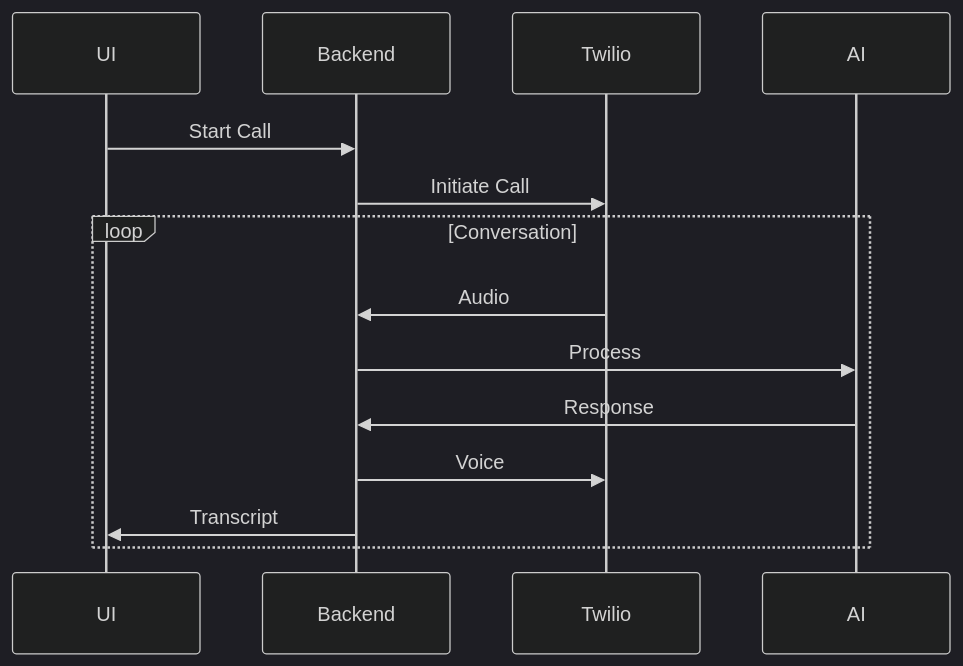
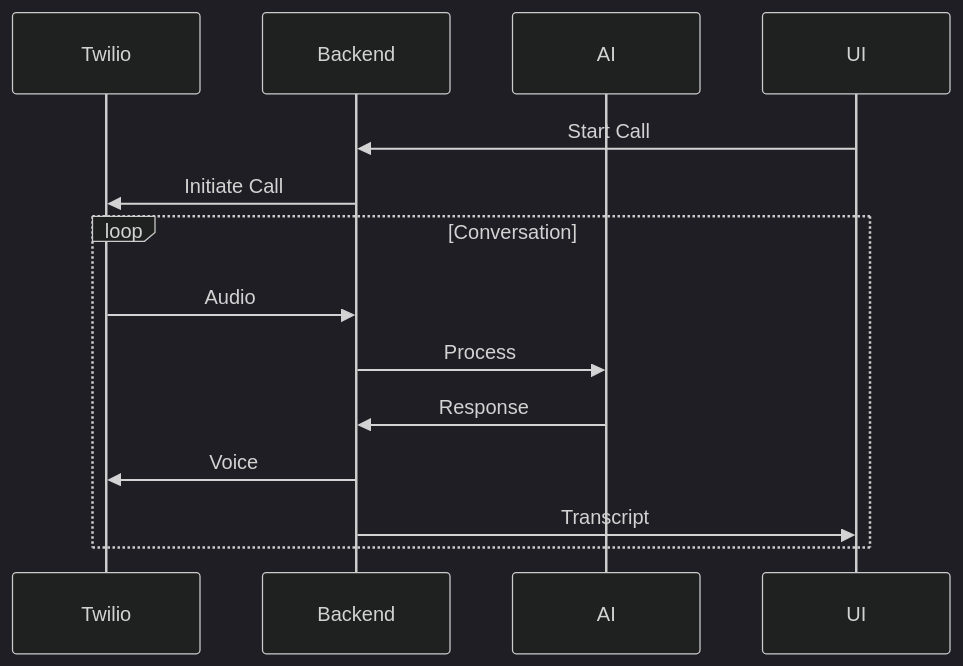
The second of 2 diagrams in README.md (OceanStar88/Sagent), drawn with Mermaid (dark theme) before and after one commit. The commit also changed other lines of this file and 1 other file, not shown here.

````diff
--- a/README.md
+++ b/README.md
@@ -134,18 +136,18 @@
 ```mermaid
 sequenceDiagram
+    participant Twilio
+    participant Backend
+    participant AI
     participant UI
-    participant Backend
-    participant Twilio
-    participant AI
 
     UI->>Backend: Start Call
     Backend->>Twilio: Initiate Call
 
     loop Conversation
         Twilio->>Backend: Audio
         Backend->>AI: Process
         AI->>Backend: Response
         Backend->>Twilio: Voice
         Backend->>UI: Transcript
     end
 ```
````
